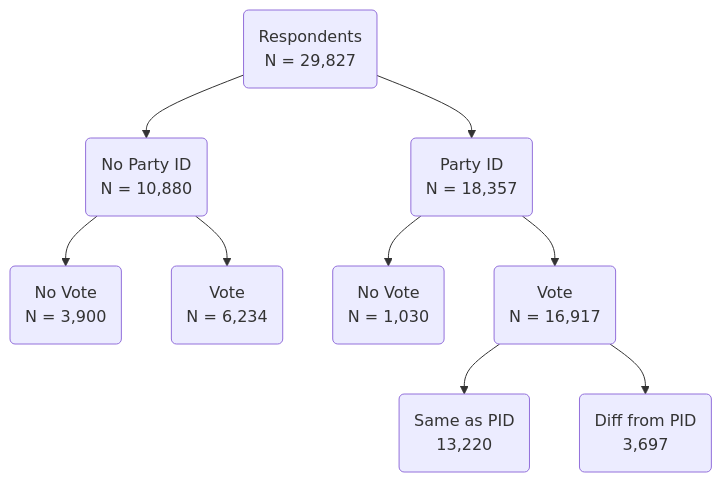
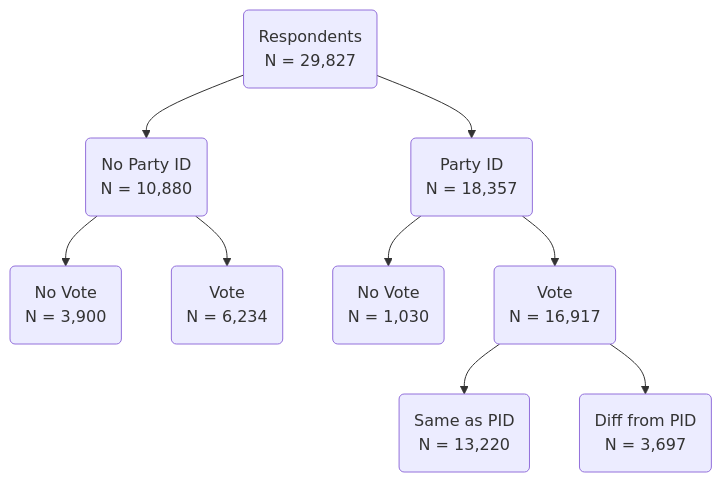
The diagram in code/01_preparation/01_wrangling.qmd (LS-Konig/CSAP), drawn with Mermaid before and after one commit. The commit also changed other lines of this file, not shown here.

````diff
--- a/code/01_preparation/01_wrangling.qmd
+++ b/code/01_preparation/01_wrangling.qmd
@@ -423,14 +423,14 @@
 ```{mermaid}
 flowchart TD
     A(Respondents <br> N = 29,827) --> B(No Party ID <br> N = 10,880) 
     A(Respondents <br> N = 29,827) --> C(Party ID <br> N = 18,357)
 
     B --> D(No Vote <br> N = 3,900)
     B --> E(Vote <br> N = 6,234)
 
     C --> F(No Vote <br> N = 1,030)
     C --> G(Vote <br> N = 16,917)
 
-    G --> H(Same as PID <br> 13,220)
-    G --> I(Diff from PID <br> 3,697)
+    G --> H(Same as PID <br> N = 13,220)
+    G --> I(Diff from PID <br> N = 3,697)
 ```
````
